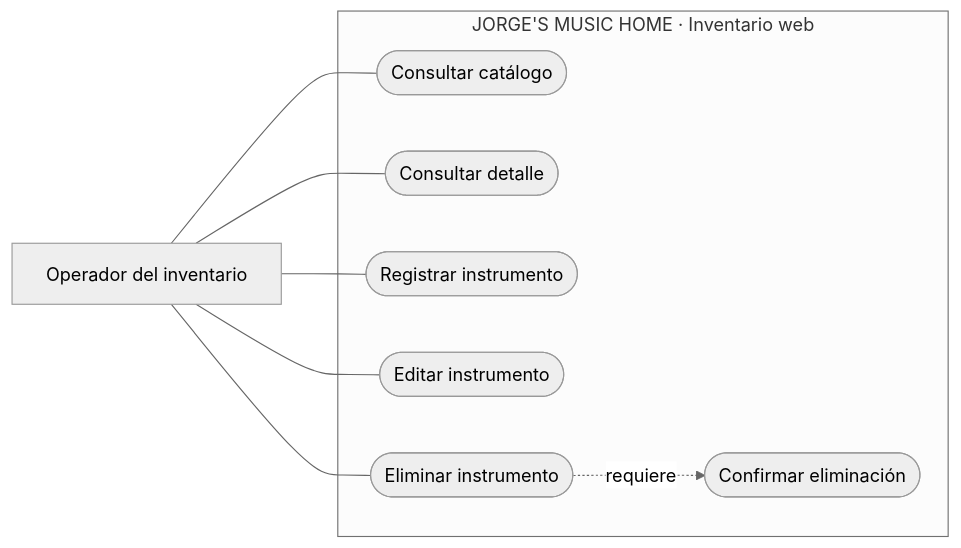
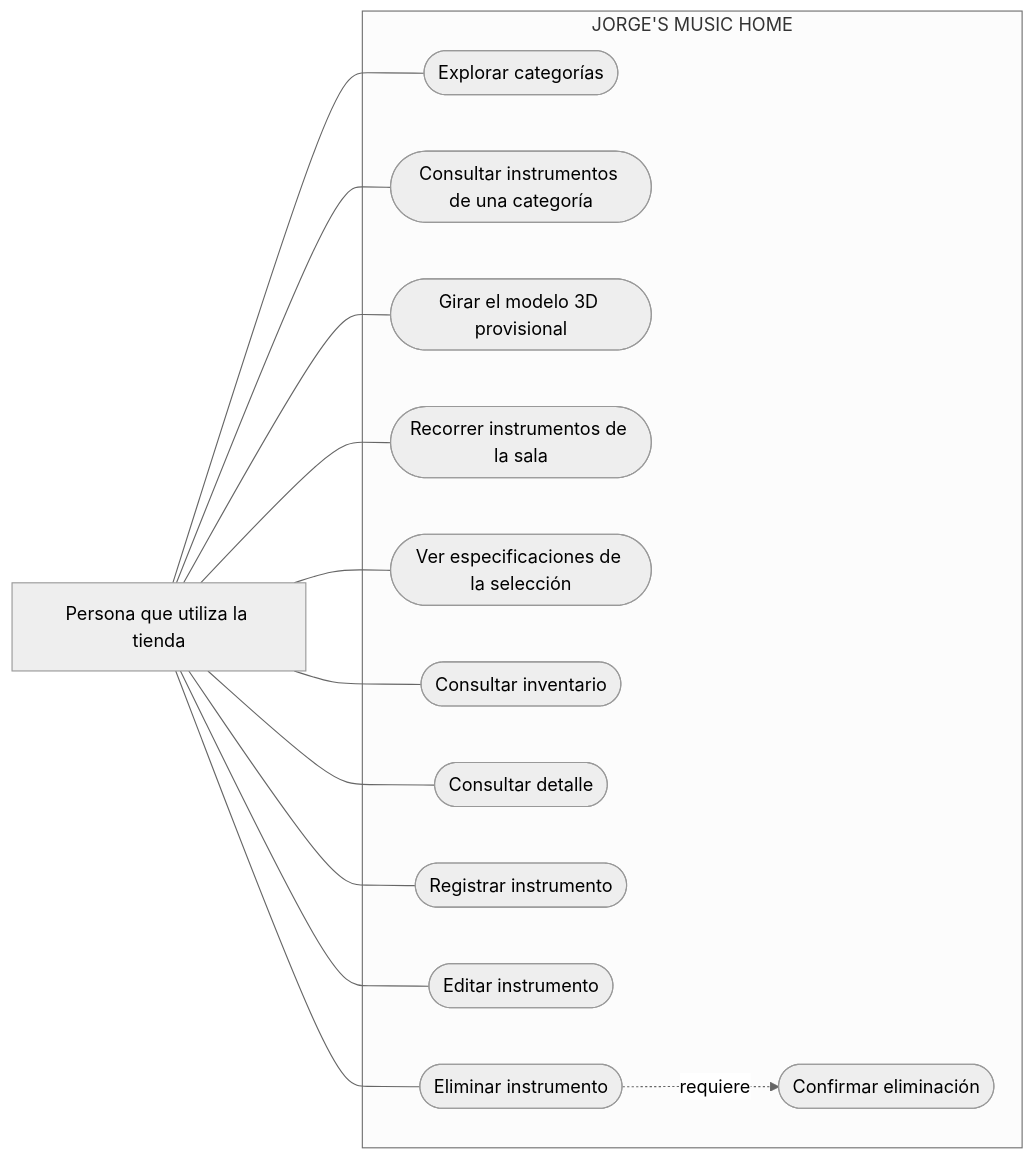
Before and after one commit to jorgehernanwb-spec/jorges-music-home: the diagram in docs/03_diagramas/casos_de_uso.md, drawn with Mermaid (neutral theme). The commit also changed other lines of this file and 27 other files, not shown here.

````diff
--- a/docs/03_diagramas/casos_de_uso.md
+++ b/docs/03_diagramas/casos_de_uso.md
@@ -5,18 +5,28 @@
 ```mermaid
 flowchart LR
-    actor["Operador del inventario"]
-    subgraph inventario["JORGE'S MUSIC HOME · Inventario web"]
-        catalogo(["Consultar catálogo"])
+    actor["Persona que utiliza la tienda"]
+    subgraph inventario["JORGE'S MUSIC HOME"]
+        galeria(["Explorar categorías"])
+        sala(["Consultar instrumentos de una categoría"])
+        girar(["Girar el modelo 3D provisional"])
+        alternar(["Recorrer instrumentos de la sala"])
+        especificaciones(["Ver especificaciones de la selección"])
+        catalogo(["Consultar inventario"])
         detalle(["Consultar detalle"])
         registrar(["Registrar instrumento"])
         editar(["Editar instrumento"])
         eliminar(["Eliminar instrumento"])
         confirmar(["Confirmar eliminación"])
         eliminar -. requiere .-> confirmar
     end
+    actor --- galeria
+    actor --- sala
+    actor --- girar
+    actor --- alternar
+    actor --- especificaciones
     actor --- catalogo
     actor --- detalle
     actor --- registrar
     actor --- editar
     actor --- eliminar
 ```
````
